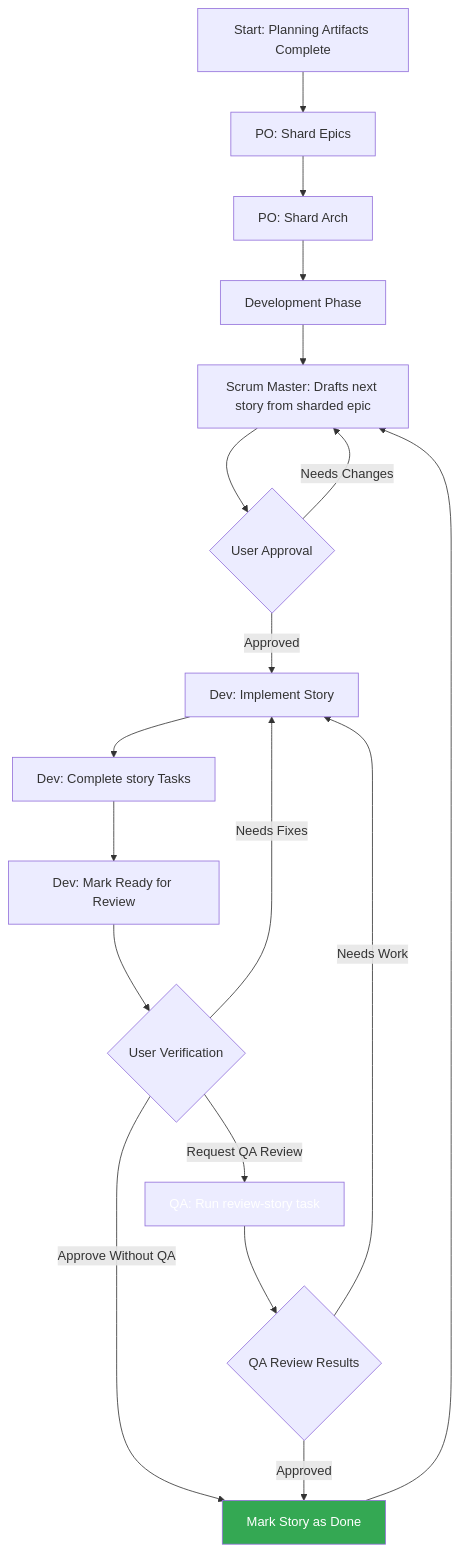
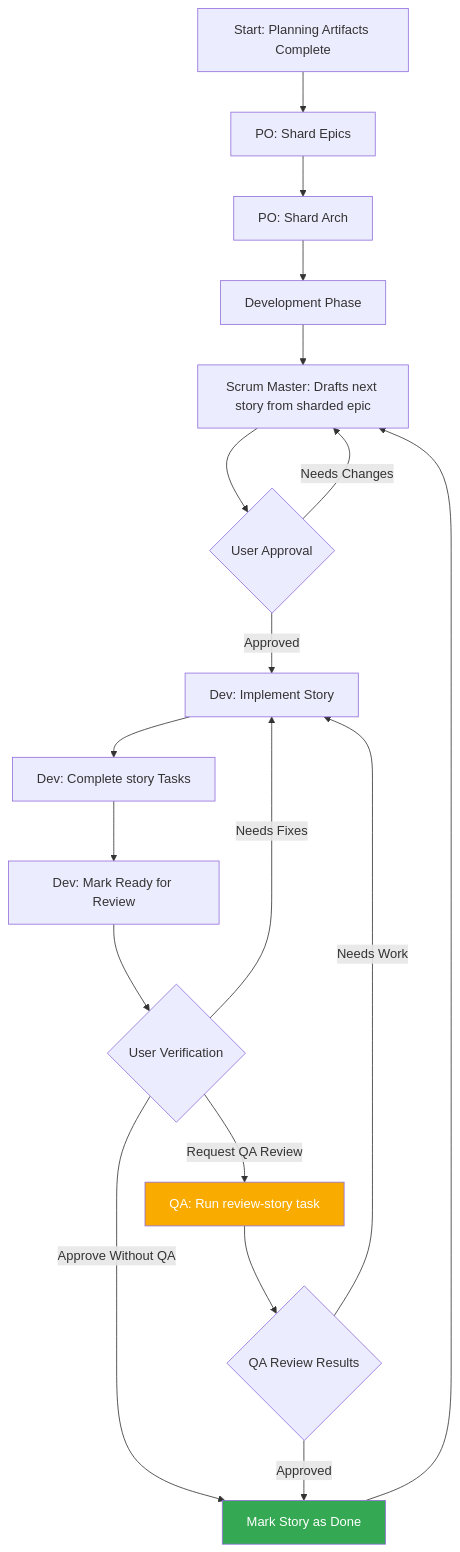
One commit to bacoco/AiDesigner changed the third of 3 diagrams in docs/core-architecture.md. Above: the diagram before and after it, drawn with Mermaid. The commit also changed other lines of this file and 17 other files, not shown here.

````diff
--- a/docs/core-architecture.md
+++ b/docs/core-architecture.md
@@ -195,23 +195,23 @@
 ```mermaid
 graph TD
     A["Start: Planning Artifacts Complete"] --> B["PO: Shard Epics"]
     B --> C["PO: Shard Arch"]
     C --> D["Development Phase"]
     D --> E["Scrum Master: Drafts next story from sharded epic"]
     E --> F{"User Approval"}
     F -->|Approved| G["Dev: Implement Story"]
     F -->|Needs Changes| E
     G --> H["Dev: Complete story Tasks"]
     H --> I["Dev: Mark Ready for Review"]
     I --> J{"User Verification"}
     J -->|Request QA Review| K["QA: Run review-story task"]
     J -->|Approve Without QA| M["Mark Story as Done"]
     K --> L{"QA Review Results"}
     L -->|Needs Work| G
     L -->|Approved| M["Mark Story as Done"]
     J -->|Needs Fixes| G
     M --> E
 
     style M fill:#34a853,color:#fff
-    style K fill:#f9abaidesigneraidesigner,color:#fff
+    style K fill:#f9ab00,color:#fff
 ```
````
